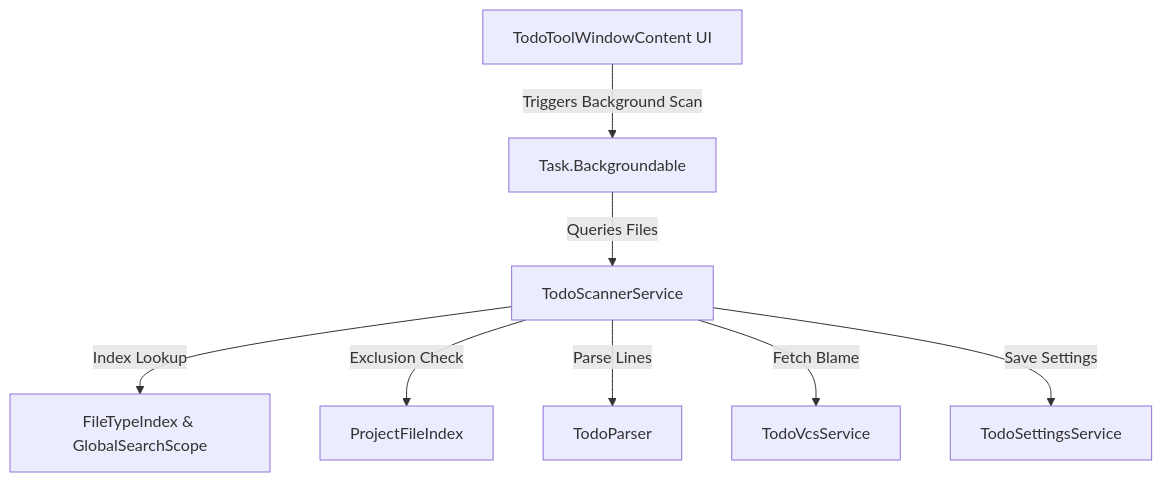
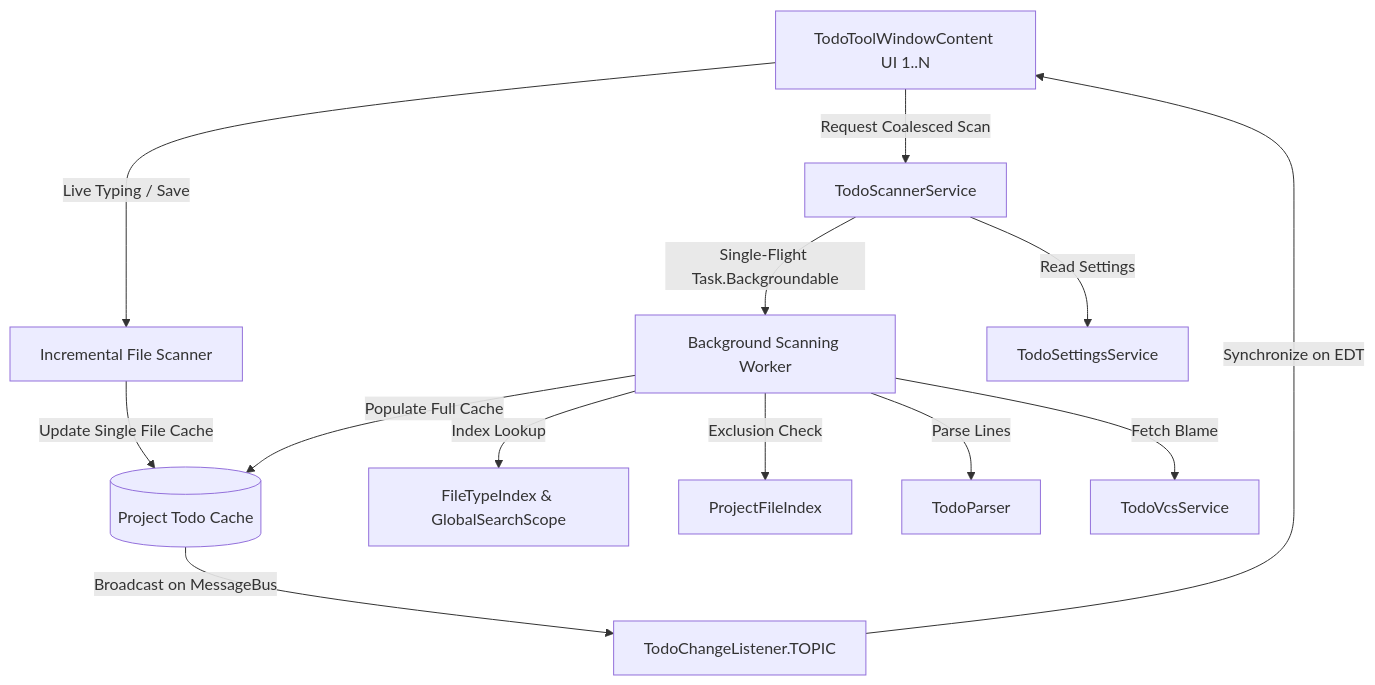
One commit to PrasadVennam1005/TODO-Plus changed the diagram in aidlc-docs/architecture/SYSTEM_ARCHITECTURE.md. Above: the diagram before and after it, drawn with Mermaid. The commit also changed other lines of this file and 20 other files, not shown here.

````diff
--- a/aidlc-docs/architecture/SYSTEM_ARCHITECTURE.md
+++ b/aidlc-docs/architecture/SYSTEM_ARCHITECTURE.md
@@ -11,10 +11,15 @@
 ```mermaid
 graph TD
-    UI[TodoToolWindowContent UI] --> |Triggers Background Scan| Task[Task.Backgroundable]
-    Task --> |Queries Files| Scanner[TodoScannerService]
-    Scanner --> |Index Lookup| VFS[FileTypeIndex & GlobalSearchScope]
-    Scanner --> |Exclusion Check| PFI[ProjectFileIndex]
-    Scanner --> |Parse Lines| Parser[TodoParser]
-    Scanner --> |Fetch Blame| VCS[TodoVcsService]
-    Scanner --> |Save Settings| Settings[TodoSettingsService]
+    UI[TodoToolWindowContent UI 1..N] --> |Request Coalesced Scan| Scanner[TodoScannerService]
+    UI --> |Live Typing / Save| IncScan[Incremental File Scanner]
+    IncScan --> |Update Single File Cache| Cache[(Project Todo Cache)]
+    Scanner --> |Single-Flight Task.Backgroundable| Worker[Background Scanning Worker]
+    Worker --> |Index Lookup| VFS[FileTypeIndex & GlobalSearchScope]
+    Worker --> |Exclusion Check| PFI[ProjectFileIndex]
+    Worker --> |Parse Lines| Parser[TodoParser]
+    Worker --> |Fetch Blame| VCS[TodoVcsService]
+    Worker --> |Populate Full Cache| Cache
+    Cache --> |Broadcast on MessageBus| Bus[TodoChangeListener.TOPIC]
+    Bus --> |Synchronize on EDT| UI
+    Scanner --> |Read Settings| Settings[TodoSettingsService]
 ```
````
